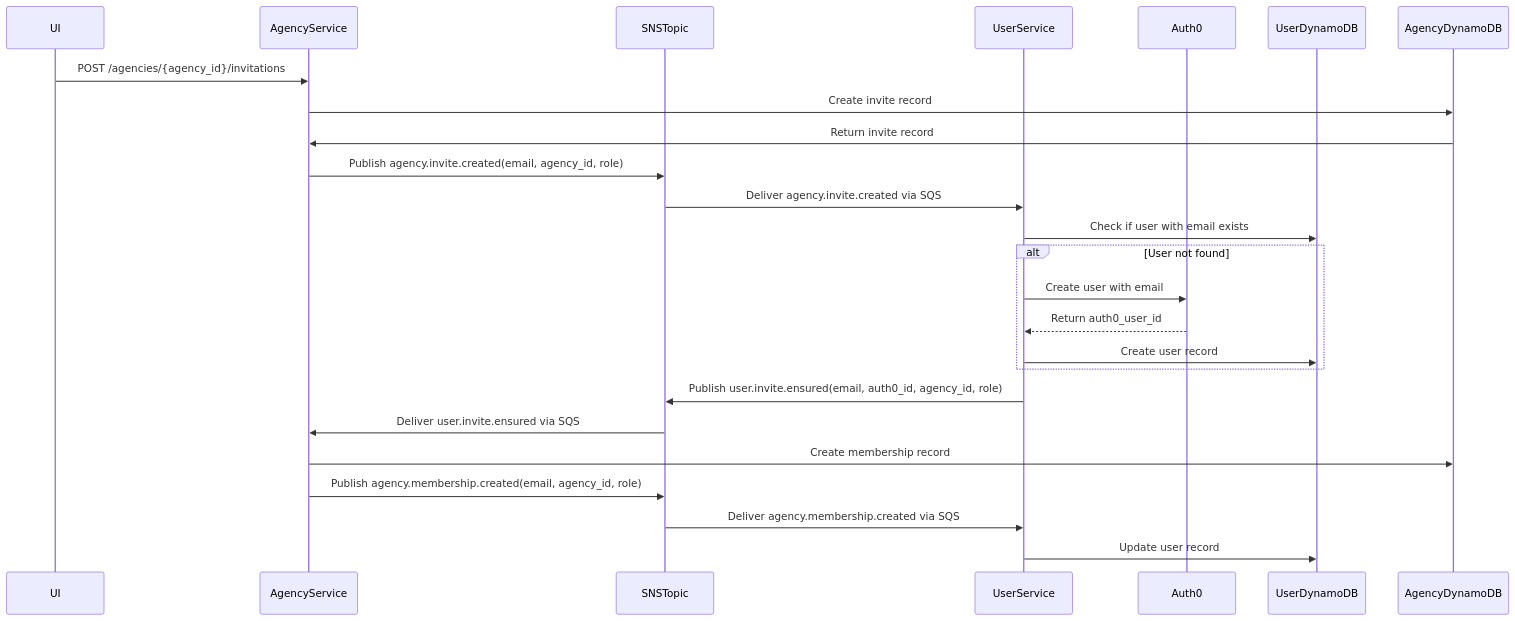
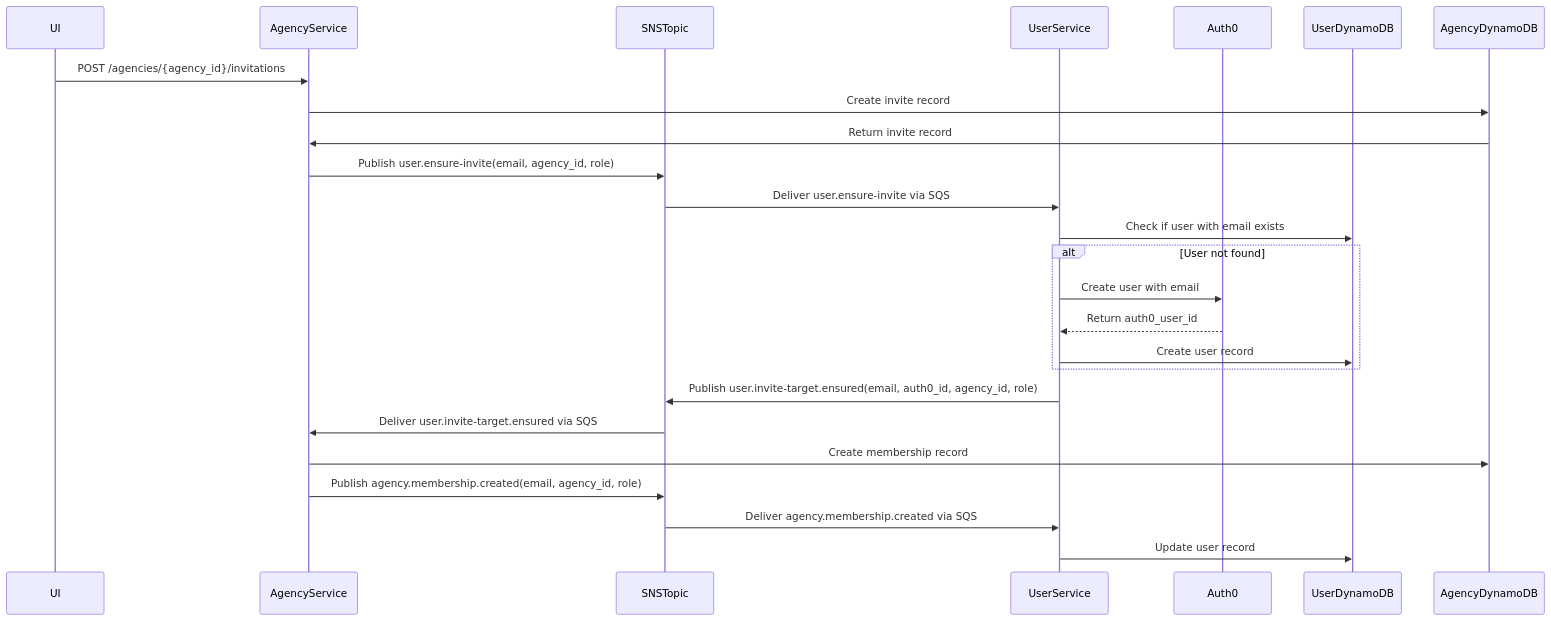
Before and after one commit to jsmithdenverdev/pager: the diagram in diagrams/user-invite-flow.mermaid, drawn with Mermaid. The commit also changed 13 other files, not shown here.

Commit message:
feat: implement Auth0 user creation flow for agency invites

```diff
--- a/diagrams/user-invite-flow.mermaid
+++ b/diagrams/user-invite-flow.mermaid
@@ -1,27 +1,27 @@
 sequenceDiagram
     participant UI
     participant AgencyService
     participant SNSTopic
     participant UserService
     participant Auth0
     participant UserDynamoDB
     participant AgencyDynamoDB
 
 
     UI->>AgencyService: POST /agencies/{agency_id}/invitations
     AgencyService->>AgencyDynamoDB: Create invite record
     AgencyDynamoDB->>AgencyService: Return invite record
-    AgencyService->>SNSTopic: Publish agency.invite.created(email, agency_id, role)
-    SNSTopic->>UserService: Deliver agency.invite.created via SQS
+    AgencyService->>SNSTopic: Publish user.ensure-invite(email, agency_id, role)
+    SNSTopic->>UserService: Deliver user.ensure-invite via SQS
     UserService->>UserDynamoDB: Check if user with email exists
     alt User not found
         UserService->>Auth0: Create user with email
         Auth0-->>UserService: Return auth0_user_id
         UserService->>UserDynamoDB: Create user record
     end
-    UserService->>SNSTopic: Publish user.invite.ensured(email, auth0_id, agency_id, role)
-    SNSTopic->>AgencyService: Deliver user.invite.ensured via SQS
+    UserService->>SNSTopic: Publish user.invite-target.ensured(email, auth0_id, agency_id, role)
+    SNSTopic->>AgencyService: Deliver user.invite-target.ensured via SQS
     AgencyService->>AgencyDynamoDB: Create membership record
     AgencyService->>SNSTopic: Publish agency.membership.created(email, agency_id, role)
     SNSTopic->>UserService: Deliver agency.membership.created via SQS
     UserService->>UserDynamoDB: Update user record
```
